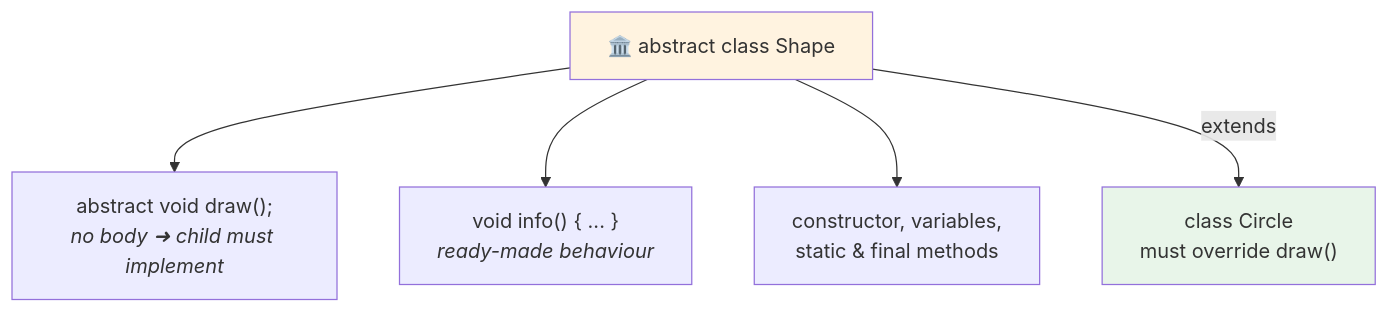
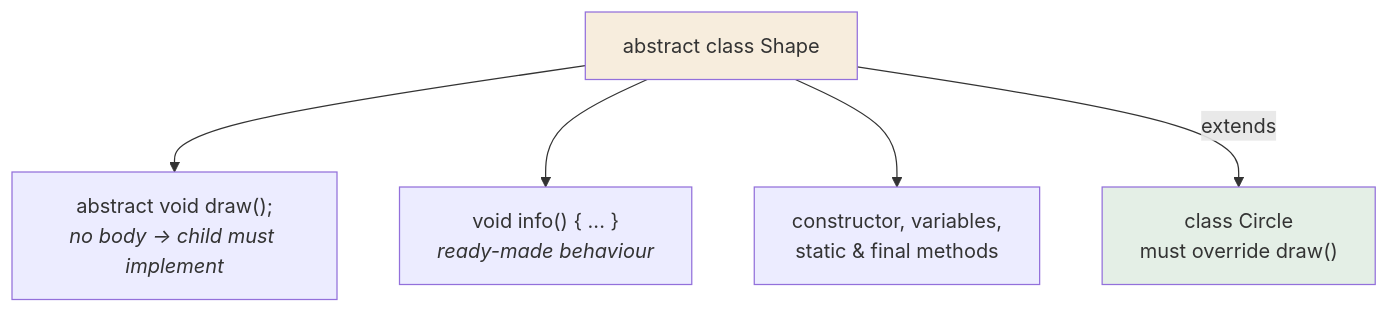
One commit to kundankumarsharma56/Leaning-Java changed the diagram in src/Theory/06-OOPS-Part-2/07-Abstract-Classes.md. Above: the diagram before and after it, drawn with Mermaid. The commit also changed other lines of this file and 84 other files, not shown here.

````diff
--- a/src/Theory/06-OOPS-Part-2/07-Abstract-Classes.md
+++ b/src/Theory/06-OOPS-Part-2/07-Abstract-Classes.md
@@ -21,9 +21,9 @@
 ```mermaid
 flowchart TD
-    A["🏛️ abstract class Shape"] --> M1["abstract void draw();<br/><i>no body ➜ child must implement</i>"]
+    A["abstract class Shape"] --> M1["abstract void draw();<br/><i>no body → child must implement</i>"]
     A --> M2["void info() { ... }<br/><i>ready-made behaviour</i>"]
     A --> M3["constructor, variables,<br/>static & final methods"]
     A -->|extends| C["class Circle<br/>must override draw()"]
-    style A fill:#fff3e0
-    style C fill:#e8f5e9
+    style A fill:#f7eddd
+    style C fill:#e4efe6
 ```
````
